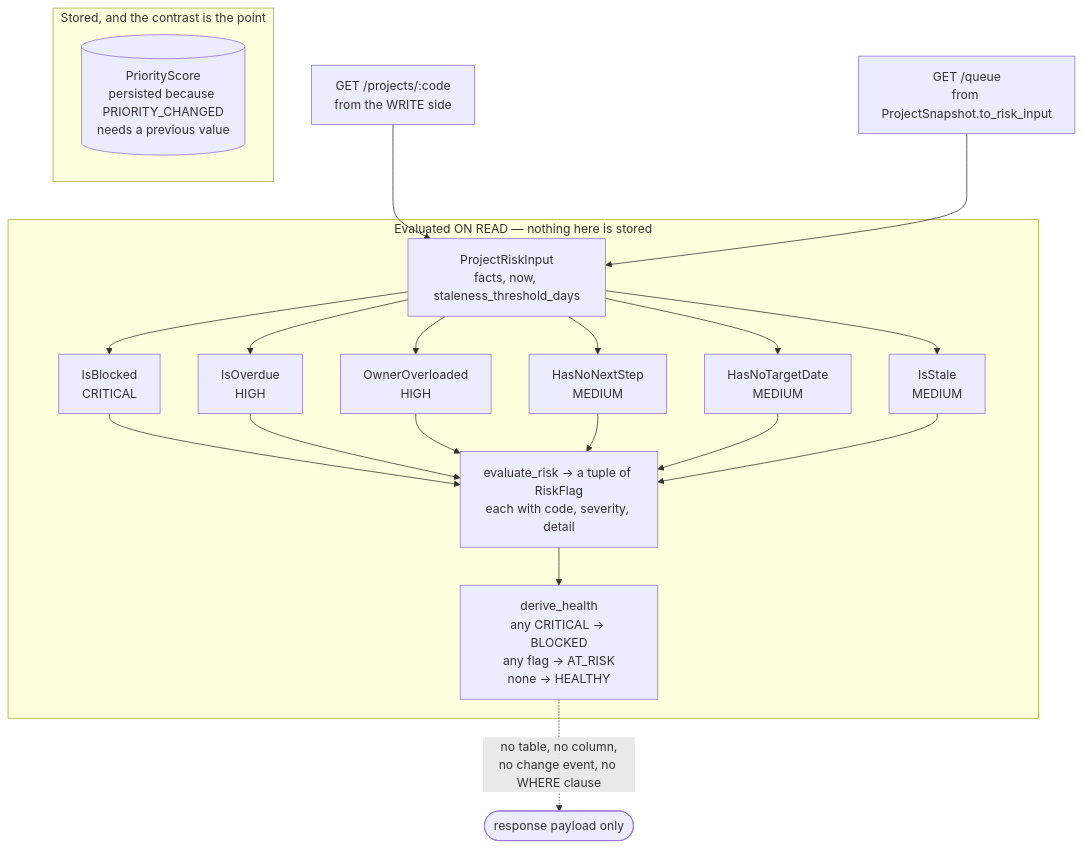
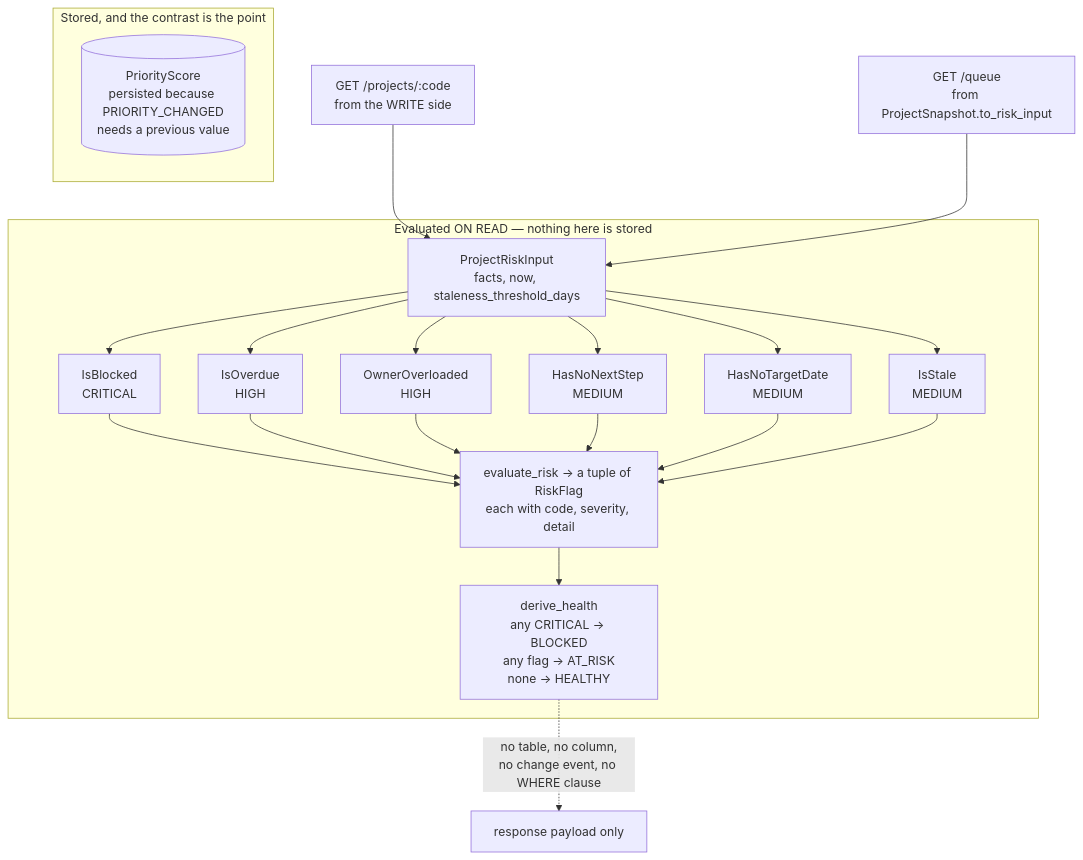
The sixth of 8 diagrams in docs/ARCHITECTURE.md (alejandrovelez243/aztec-ops), drawn with Mermaid before and after one commit. The commit also changed other lines of this file and 30 other files, not shown here.

````diff
--- a/docs/ARCHITECTURE.md
+++ b/docs/ARCHITECTURE.md
@@ -588,29 +588,29 @@
 ```mermaid
 flowchart TD
   subgraph read["Evaluated ON READ — nothing here is stored"]
     IN["ProjectRiskInput<br/>facts, now, staleness_threshold_days"]
     IN --> A["IsBlocked<br/>CRITICAL"]
     IN --> B["IsOverdue<br/>HIGH"]
     IN --> C["OwnerOverloaded<br/>HIGH"]
     IN --> D["HasNoNextStep<br/>MEDIUM"]
     IN --> E["HasNoTargetDate<br/>MEDIUM"]
     IN --> F["IsStale<br/>MEDIUM"]
     A --> FLAGS
     B --> FLAGS
     C --> FLAGS
     D --> FLAGS
     E --> FLAGS
     F --> FLAGS
     FLAGS["evaluate_risk → a tuple of RiskFlag<br/>each with code, severity, detail"]
     FLAGS --> HEALTH["derive_health<br/>any CRITICAL → BLOCKED<br/>any flag → AT_RISK<br/>none → HEALTHY"]
   end
 
   D1["GET /projects/:code<br/>from the WRITE side"] --> IN
   D2["GET /queue<br/>from ProjectSnapshot.to_risk_input"] --> IN
 
   subgraph stored["Stored, and the contrast is the point"]
     SC[("PriorityScore<br/>persisted because PRIORITY_CHANGED<br/>needs a previous value")]
   end
 
-  HEALTH -.->|"no table, no column,<br/>no change event, no WHERE clause"| NONE(["response payload only"])
+  HEALTH -.->|"no table, no column,<br/>no change event, no WHERE clause"| NONE["response payload only"]
 ```
````
